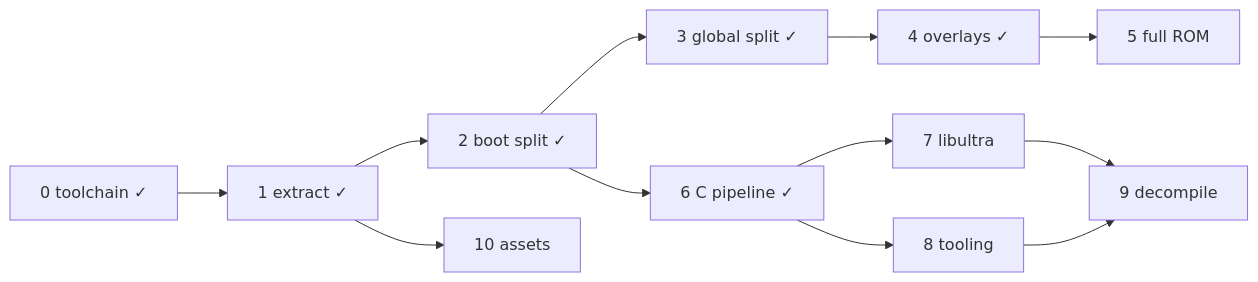
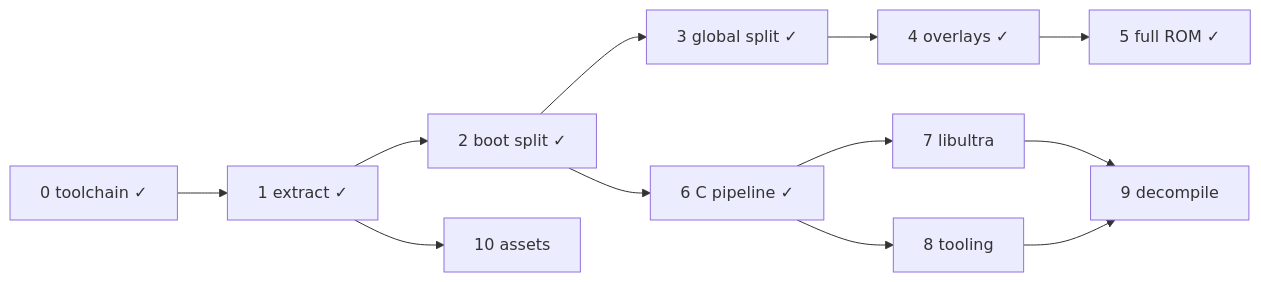
Before and after one commit to Unstripped/decomp_dk64: the diagram in ROADMAP.md, drawn with Mermaid. The commit also changed other lines of this file and 6 other files, not shown here.

Commit message:
Build ROM from rebuilt code segments: gzip 1.2.4 recompression, boot-only splat config, raw ROM tail

````diff
--- a/ROADMAP.md
+++ b/ROADMAP.md
@@ -87,7 +83,7 @@
 ```mermaid
 graph LR
-  C0[0 toolchain ✓] --> C1[1 extract ✓] --> C2[2 boot split ✓] --> C3[3 global split ✓] --> C4[4 overlays ✓] --> C5[5 full ROM]
+  C0[0 toolchain ✓] --> C1[1 extract ✓] --> C2[2 boot split ✓] --> C3[3 global split ✓] --> C4[4 overlays ✓] --> C5[5 full ROM ✓]
   C2 --> C6[6 C pipeline ✓] --> C7[7 libultra] --> C9[9 decompile]
   C6 --> C8[8 tooling] --> C9
   C1 --> C10[10 assets]
 ```
````
